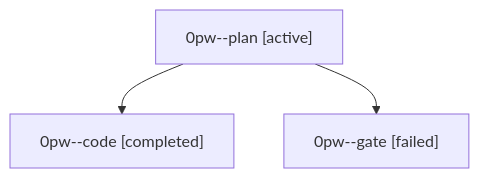
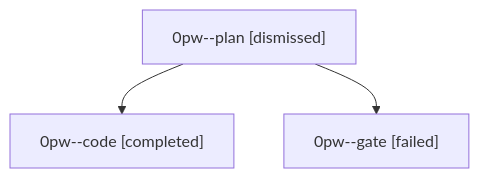
One commit to sase-org/sase--agents changed the diagram in sessions/bbugyi200.athena.0pw.md. Above: the diagram before and after it, drawn with Mermaid. The commit also changed other lines of this file and 36 other files, not shown here.

````diff
--- a/sessions/bbugyi200.athena.0pw.md
+++ b/sessions/bbugyi200.athena.0pw.md
@@ -9,8 +9,8 @@
 ```mermaid
 flowchart TD
-  n0["0pw--plan [active]"]
+  n0["0pw--plan [dismissed]"]
   n1["0pw--code [completed]"]
   n0 --> n1
   n2["0pw--gate [failed]"]
   n0 --> n2
 ```
````
